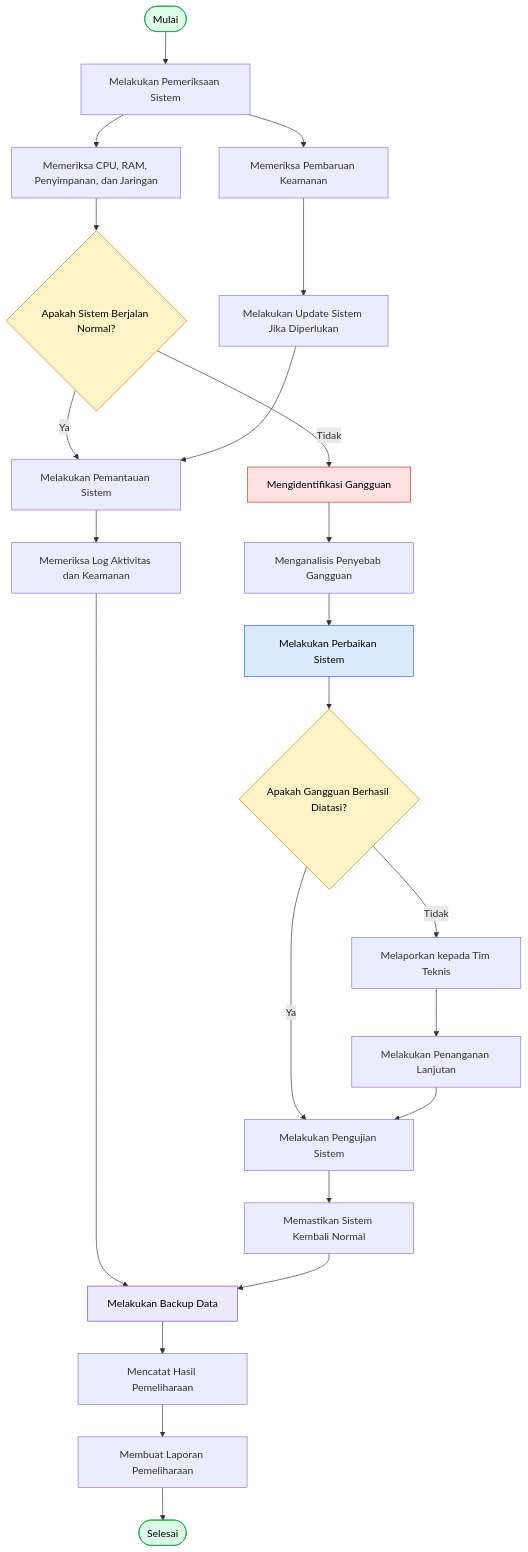
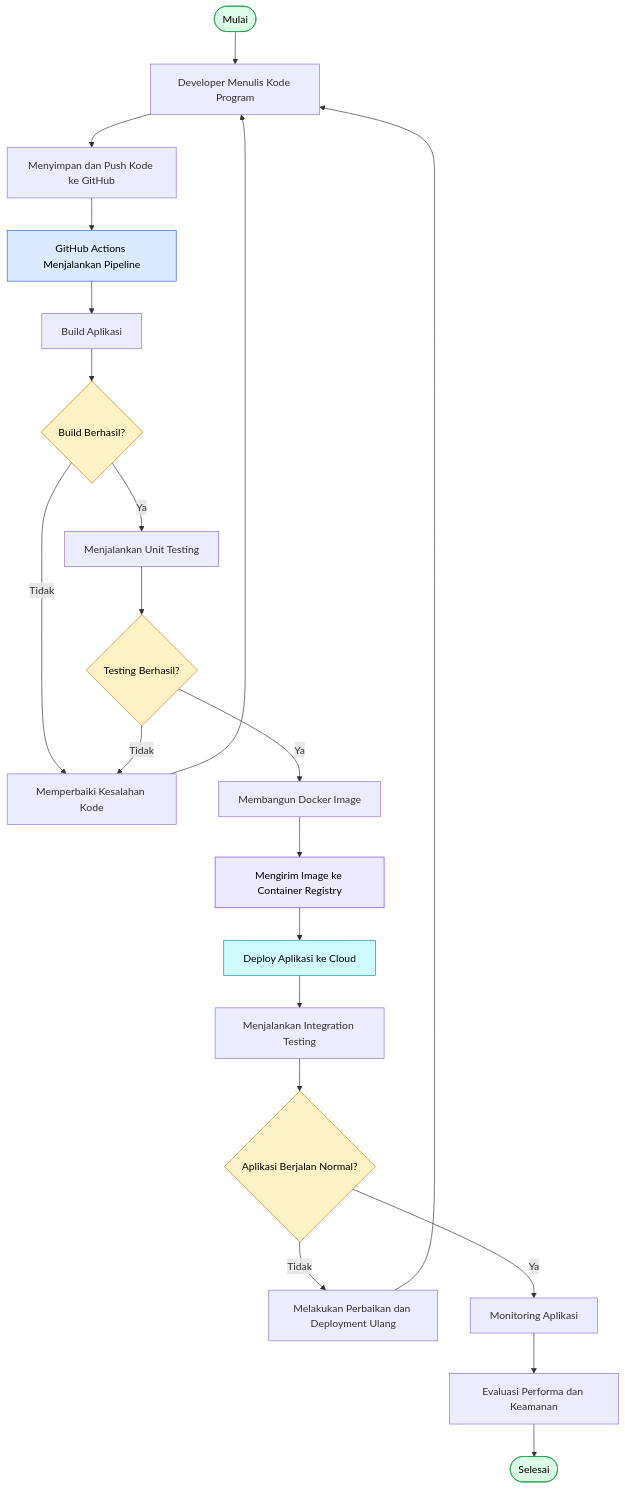
One commit to Yeni006/Diagram-Arsitektur-Cloud-Digital-Kampus changed the diagram in README.md. Above: the diagram before and after it, drawn with Mermaid. The commit also changed other lines of this file, not shown here.

````diff
--- a/README.md
+++ b/README.md
@@ -4,39 +4,39 @@
 ```mermaid
 flowchart TD
-    A([Mulai]) --> B["Melakukan Pemeriksaan Sistem"]
-    B --> C["Memeriksa CPU, RAM, Penyimpanan, dan Jaringan"]
-    C --> D{"Apakah Sistem Berjalan Normal?"}
+    A([Mulai]) --> B["Developer Menulis Kode Program"]
+    B --> C["Menyimpan dan Push Kode ke GitHub"]
+    C --> D["GitHub Actions Menjalankan Pipeline"]
+    
+    D --> E["Build Aplikasi"]
+    E --> F{"Build Berhasil?"}
 
-    D -- "Ya" --> E["Melakukan Pemantauan Sistem"]
-    E --> F["Memeriksa Log Aktivitas dan Keamanan"]
-    F --> G["Melakukan Backup Data"]
-    G --> H["Mencatat Hasil Pemeliharaan"]
-    H --> I["Membuat Laporan Pemeliharaan"]
-    I --> J([Selesai])
+    F -- "Tidak" --> G["Memperbaiki Kesalahan Kode"]
+    G --> B
 
-    D -- "Tidak" --> K["Mengidentifikasi Gangguan"]
-    K --> L["Menganalisis Penyebab Gangguan"]
-    L --> M["Melakukan Perbaikan Sistem"]
-    M --> N{"Apakah Gangguan Berhasil Diatasi?"}
+    F -- "Ya" --> H["Menjalankan Unit Testing"]
+    H --> I{"Testing Berhasil?"}
 
-    N -- "Ya" --> O["Melakukan Pengujian Sistem"]
-    O --> P["Memastikan Sistem Kembali Normal"]
-    P --> G
+    I -- "Tidak" --> G
+    I -- "Ya" --> J["Membangun Docker Image"]
 
-    N -- "Tidak" --> Q["Melaporkan kepada Tim Teknis"]
-    Q --> R["Melakukan Penanganan Lanjutan"]
-    R --> O
+    J --> K["Mengirim Image ke Container Registry"]
+    K --> L["Deploy Aplikasi ke Cloud"]
+    L --> M["Menjalankan Integration Testing"]
+    M --> N{"Aplikasi Berjalan Normal?"}
 
-    S["Memeriksa Pembaruan Keamanan"] --> T["Melakukan Update Sistem Jika Diperlukan"]
-    T --> E
+    N -- "Tidak" --> O["Melakukan Perbaikan dan Deployment Ulang"]
+    O --> B
 
-    B --> S
+    N -- "Ya" --> P["Monitoring Aplikasi"]
+    P --> Q["Evaluasi Performa dan Keamanan"]
+    Q --> R([Selesai])
 
     style A fill:#dcfce7,stroke:#16a34a,color:#000
-    style J fill:#dcfce7,stroke:#16a34a,color:#000
-    style D fill:#fef3c7,stroke:#d97706,color:#000
+    style R fill:#dcfce7,stroke:#16a34a,color:#000
+    style F fill:#fef3c7,stroke:#d97706,color:#000
+    style I fill:#fef3c7,stroke:#d97706,color:#000
     style N fill:#fef3c7,stroke:#d97706,color:#000
-    style K fill:#fee2e2,stroke:#dc2626,color:#000
-    style M fill:#dbeafe,stroke:#2563eb,color:#000
-    style G fill:#ede9fe,stroke:#7c3aed,color:#000
+    style D fill:#dbeafe,stroke:#2563eb,color:#000
+    style K fill:#ede9fe,stroke:#7c3aed,color:#000
+    style L fill:#cffafe,stroke:#0891b2,color:#000
 ```
````
